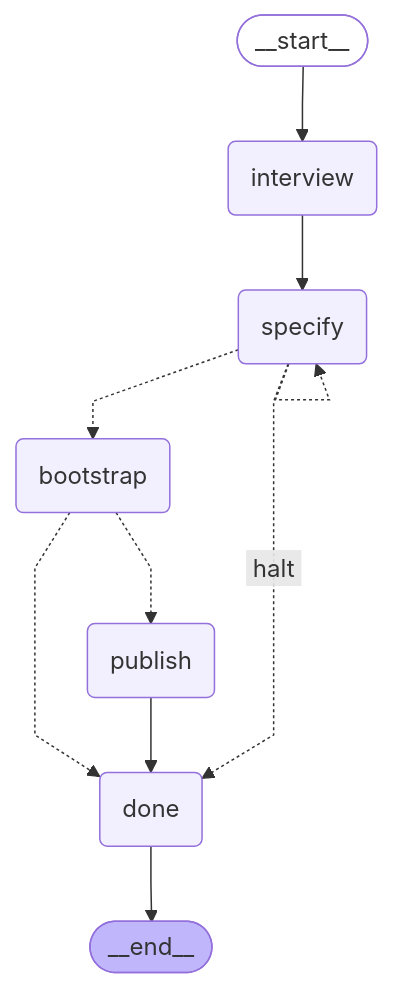
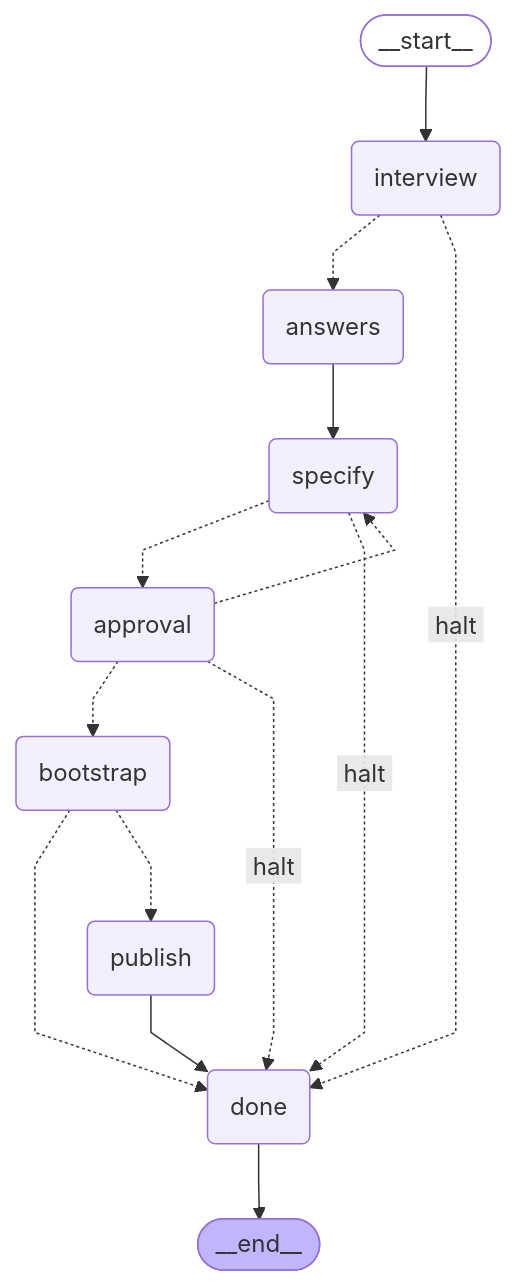
Before and after one commit to NewMe505/SCIO: the ninth of 10 diagrams in docs/ARCHITECTURE.md, drawn with Mermaid. The commit also changed 6 other files, not shown here.

````diff
--- a/docs/ARCHITECTURE.md
+++ b/docs/ARCHITECTURE.md
@@ -901,27 +901,33 @@
 ```mermaid
 ---
 config:
   flowchart:
     curve: linear
 ---
 graph TD;
 	__start__([<p>__start__</p>]):::first
 	interview(interview)
+	answers(answers)
 	specify(specify)
+	approval(approval)
 	bootstrap(bootstrap)
 	publish(publish)
 	done(done)
 	__end__([<p>__end__</p>]):::last
 	__start__ --> interview;
+	answers --> specify;
+	approval -.-> bootstrap;
+	approval -. &nbsp;halt&nbsp; .-> done;
+	approval -.-> specify;
 	bootstrap -.-> done;
 	bootstrap -.-> publish;
-	interview --> specify;
+	interview -.-> answers;
+	interview -. &nbsp;halt&nbsp; .-> done;
 	publish --> done;
-	specify -.-> bootstrap;
+	specify -.-> approval;
 	specify -. &nbsp;halt&nbsp; .-> done;
 	done --> __end__;
-	specify -.-> specify;
 	classDef default fill:#f2f0ff,line-height:1.2
 	classDef first fill-opacity:0
 	classDef last fill:#bfb6fc
 ```
````
